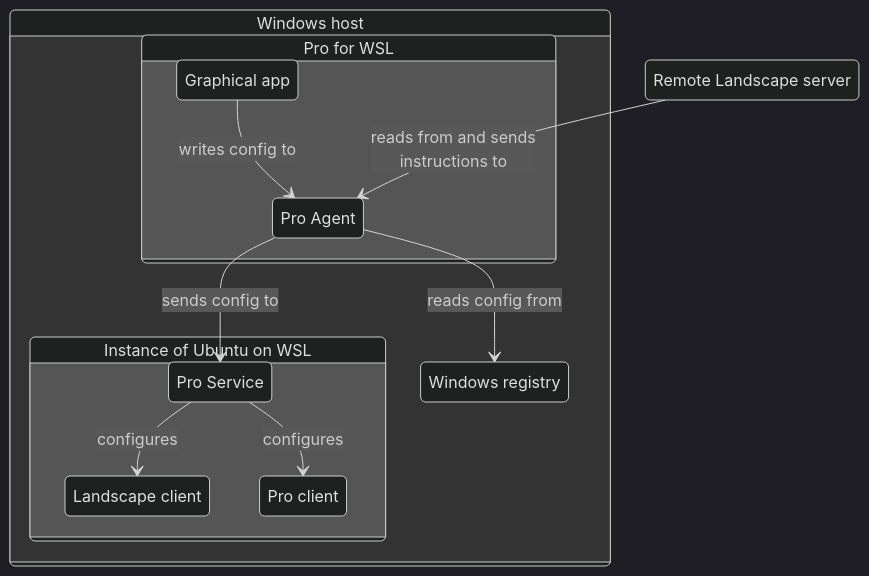
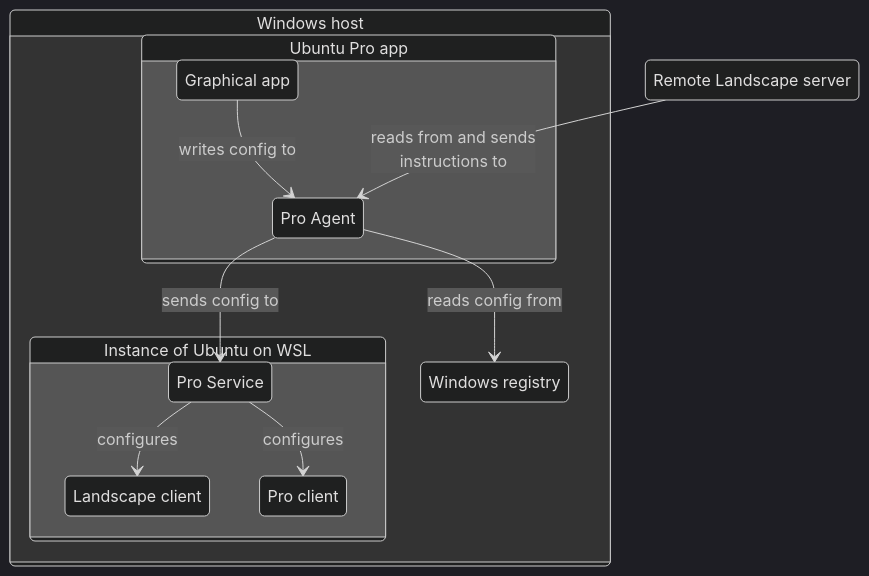
One commit to canonical/ubuntu-pro-for-wsl changed the third of 3 diagrams in docs/explanation/ref-arch-explanation.md. Above: the diagram before and after it, drawn with Mermaid (dark theme). The commit also changed other lines of this file and 37 other files, not shown here.

````diff
--- a/docs/explanation/ref-arch-explanation.md
+++ b/docs/explanation/ref-arch-explanation.md
@@ -108,29 +108,29 @@
 ```mermaid
 stateDiagram-v2
     LandscapeServer: Remote Landscape server
     LandscapeClient: Landscape client
     ProClient: Pro client
     UbuntuWSL: Instance of Ubuntu on WSL
-    UP4W: Pro for WSL
+    UP: Ubuntu Pro app
     WindowsHost: Windows host
 
     state WindowsHost {
         WinRegistry: Windows registry
 
-        state UP4W {
+        state UP {
             GUI: Graphical app
             Agent: Pro Agent
             GUI --> Agent: writes config to
         }
 
         state UbuntuWSL {
             ProService: Pro Service
             ProService --> LandscapeClient: configures
             ProService --> ProClient: configures
         }
     }
 
     LandscapeServer --> Agent: reads from and sends<br/> instructions to
     Agent --> WinRegistry: reads config from
     Agent --> ProService: sends config to
 ```
````
